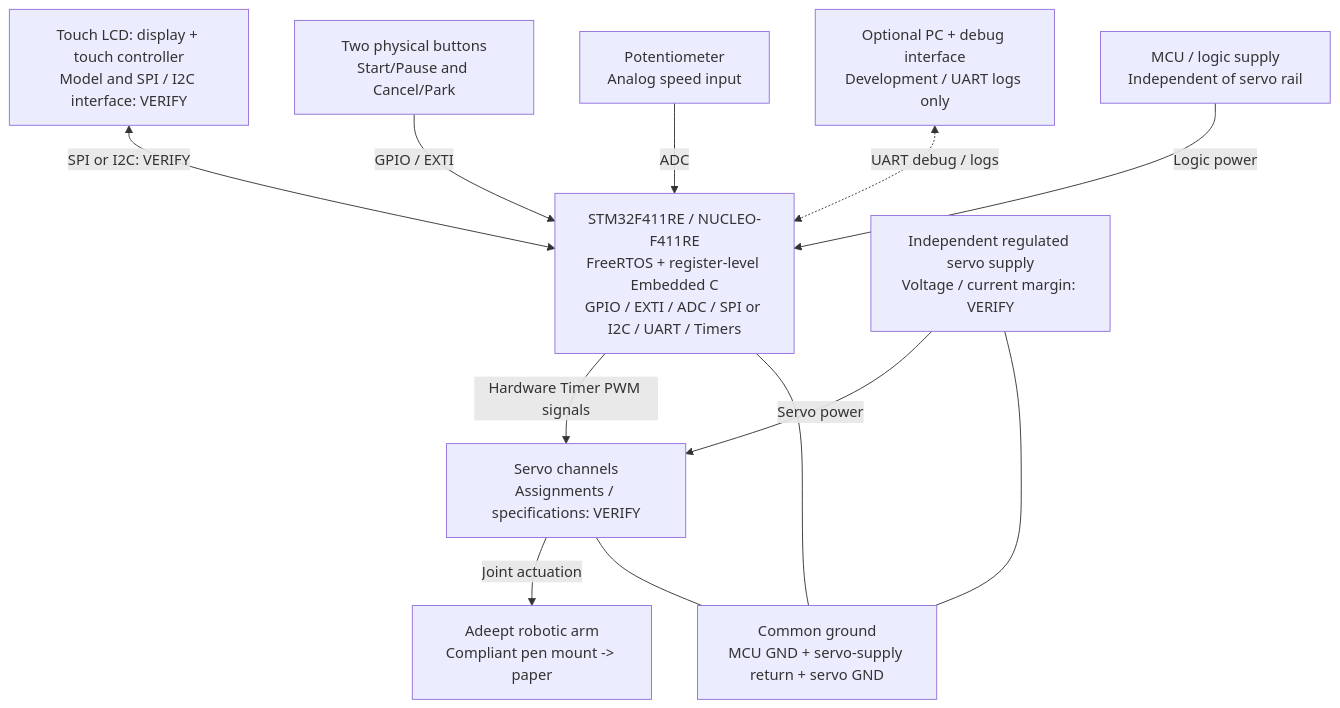
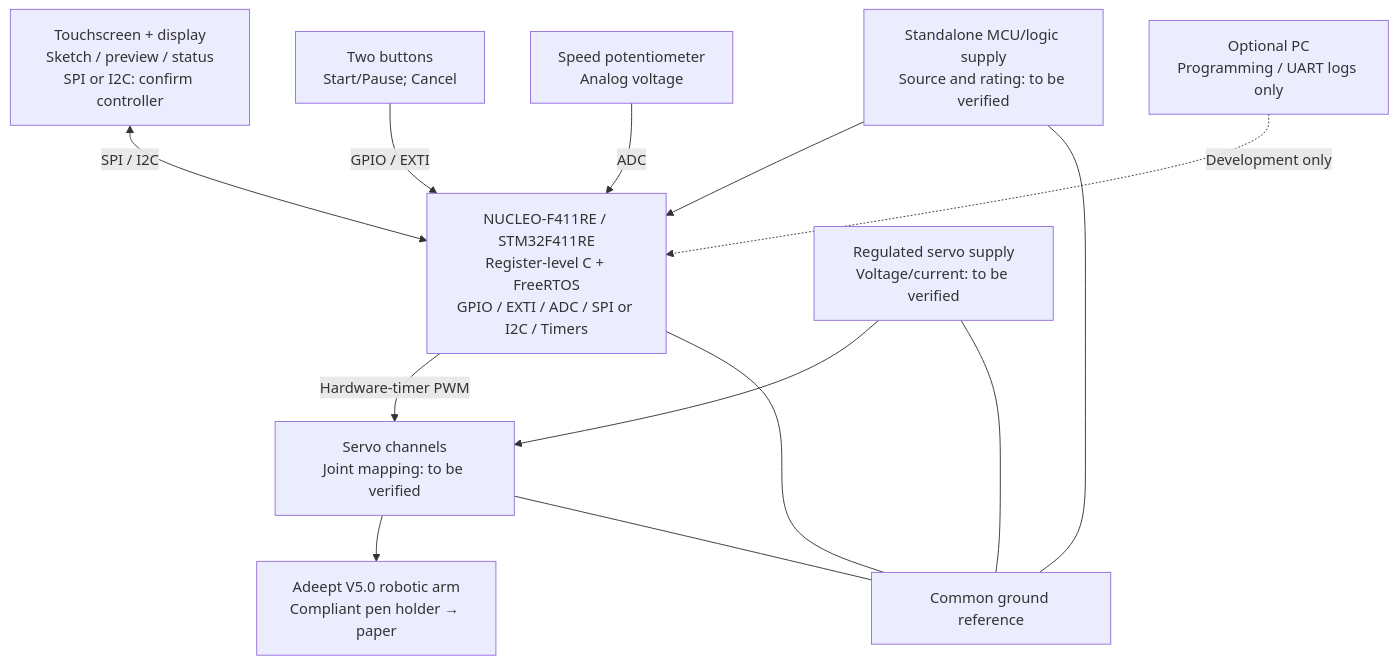
One commit to fangdong0620/ESE5190-Embedded-Robotics-Platform changed the first of 2 diagrams in Final project proposal.md. Above: the diagram before and after it, drawn with Mermaid. The commit also changed other lines of this file and 1 other file, not shown here.

````diff
--- a/Final project proposal.md
+++ b/Final project proposal.md
@@ -24,25 +50,26 @@
 ```mermaid
 flowchart TB
-    TOUCH["Touch LCD: display + touch controller<br/>Model and SPI / I2C interface: VERIFY"]
-    BUTTONS["Two physical buttons<br/>Start/Pause and Cancel/Park"]
-    POT["Potentiometer<br/>Analog speed input"]
-    MCU["STM32F411RE / NUCLEO-F411RE<br/>FreeRTOS + register-level Embedded C<br/>GPIO / EXTI / ADC / SPI or I2C / UART / Timers"]
-    PC["Optional PC + debug interface<br/>Development / UART logs only"]
-    LOGICPOWER["MCU / logic supply<br/>Independent of servo rail"]
-    SUPPLY["Independent regulated servo supply<br/>Voltage / current margin: VERIFY"]
-    SERVO["Servo channels<br/>Assignments / specifications: VERIFY"]
-    ARM["Adeept robotic arm<br/>Compliant pen mount -> paper"]
-    GND["Common ground<br/>MCU GND + servo-supply return + servo GND"]
+    TOUCH["Touchscreen + display<br/>Sketch / preview / status<br/>SPI or I2C: confirm controller"]
+    BTN["Two buttons<br/>Start/Pause; Cancel"]
+    POT["Speed potentiometer<br/>Analog voltage"]
+    MCU["NUCLEO-F411RE / STM32F411RE<br/>Register-level C + FreeRTOS<br/>GPIO / EXTI / ADC / SPI or I2C / Timers"]
+    SERVO["Servo channels<br/>Joint mapping: to be verified"]
+    ARM["Adeept V5.0 robotic arm<br/>Compliant pen holder → paper"]
+    MCUPOWER["Standalone MCU/logic supply<br/>Source and rating: to be verified"]
+    SERVOPWR["Regulated servo supply<br/>Voltage/current: to be verified"]
+    GND["Common ground reference"]
+    PC["Optional PC<br/>Programming / UART logs only"]
 
-    TOUCH <-->|SPI or I2C: VERIFY| MCU
-    BUTTONS -->|GPIO / EXTI| MCU
-    POT -->|ADC| MCU
-    PC <-.->|UART debug / logs| MCU
-    LOGICPOWER -->|Logic power| MCU
-    MCU -->|Hardware Timer PWM signals| SERVO
-    SUPPLY -->|Servo power| SERVO
-    SERVO -->|Joint actuation| ARM
+    TOUCH <-->|"SPI / I2C"| MCU
+    BTN -->|"GPIO / EXTI"| MCU
+    POT -->|"ADC"| MCU
+    MCU -->|"Hardware-timer PWM"| SERVO
+    SERVO --> ARM
+    MCUPOWER --> MCU
+    SERVOPWR --> SERVO
     MCU --- GND
-    SUPPLY --- GND
     SERVO --- GND
+    MCUPOWER --- GND
+    SERVOPWR --- GND
+    PC -.->|"Development only"| MCU
 ```
````
